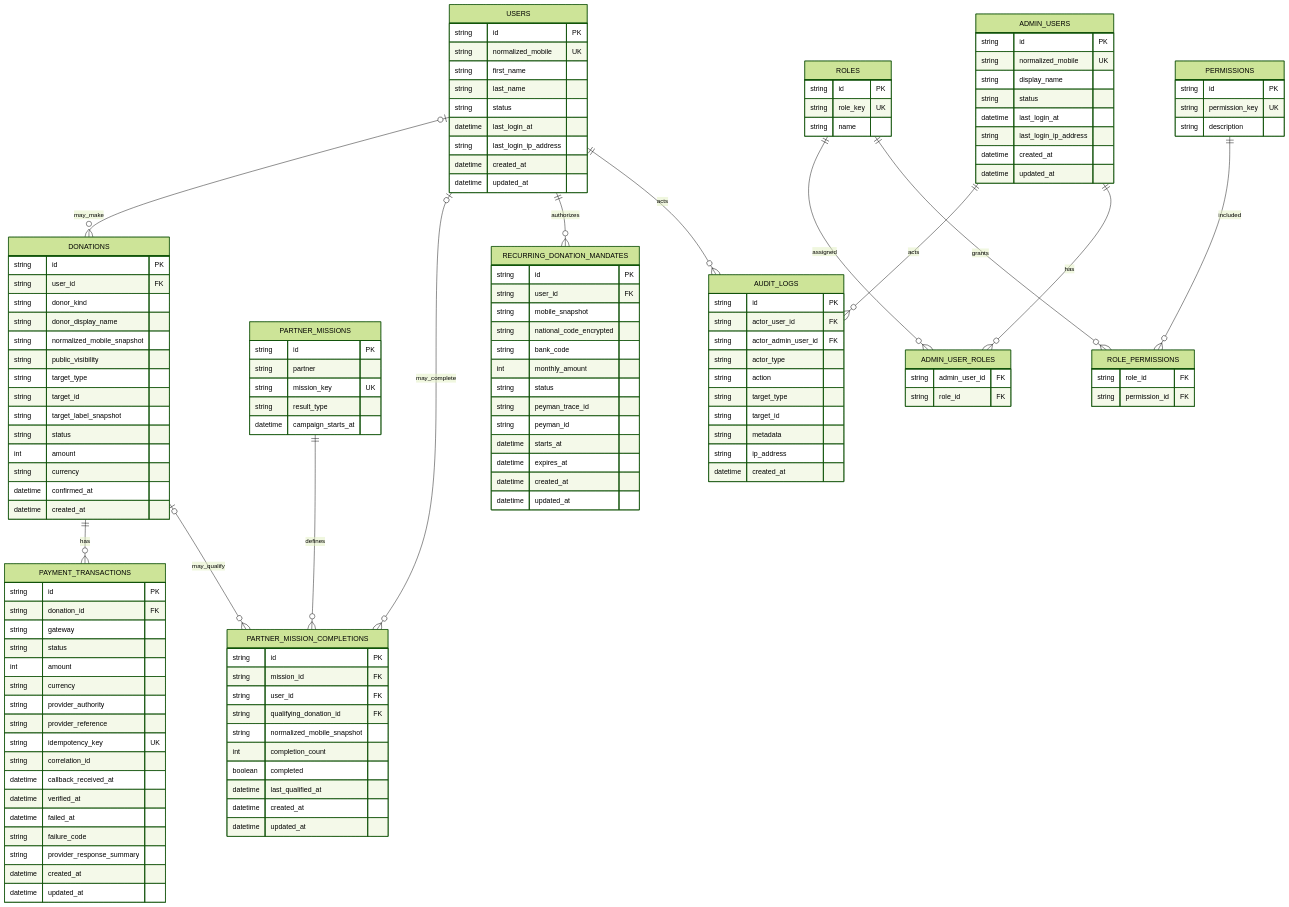
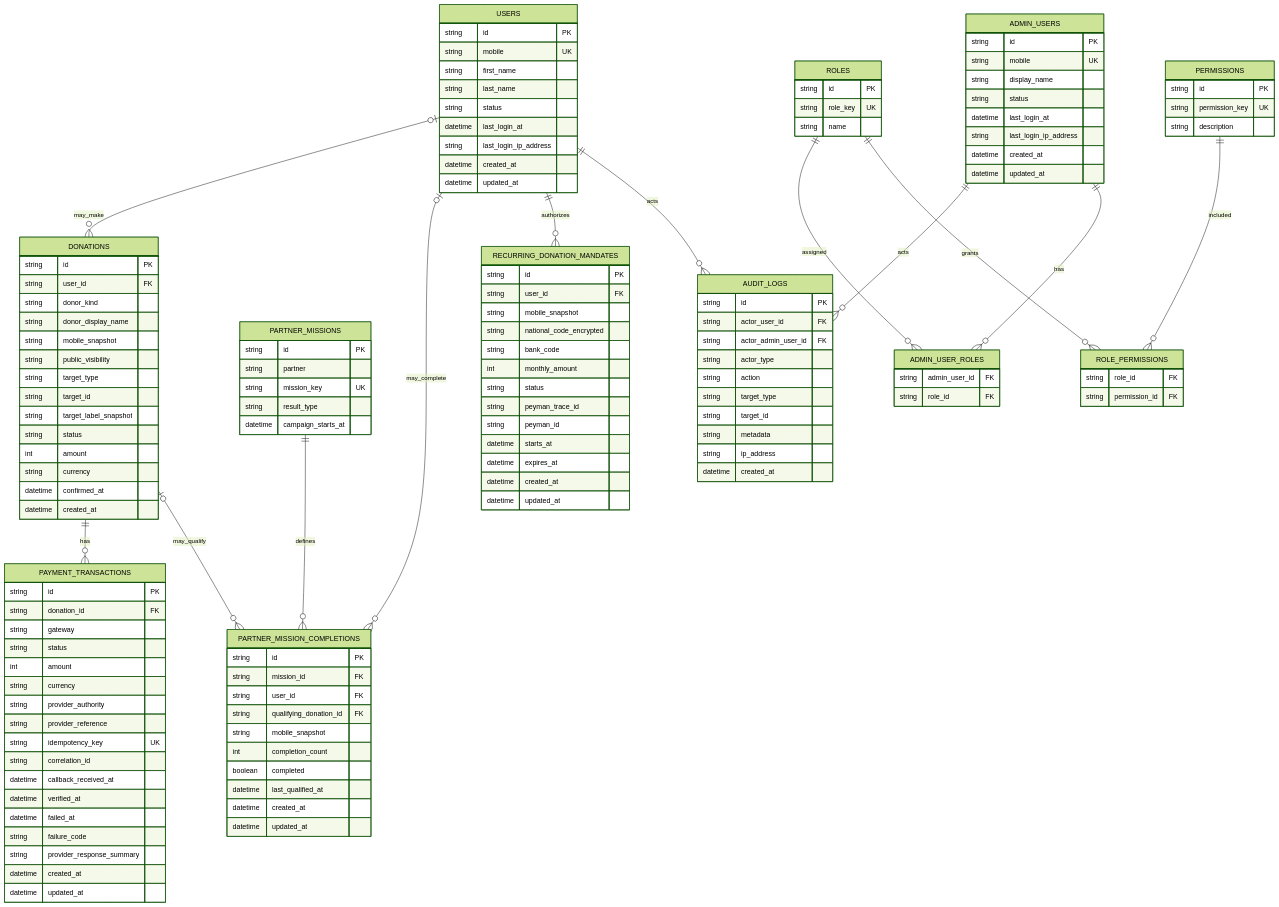
The diagram in docs/analysis/iranautism-database-design-playground.mmd (mahdi7596/iranautism-app), drawn with Mermaid (forest theme) before and after one commit. The commit also changed 8 other files, not shown here.

Commit message:
docs(db): record simplified users schema decision

```diff
--- a/docs/analysis/iranautism-database-design-playground.mmd
+++ b/docs/analysis/iranautism-database-design-playground.mmd
@@ -1,150 +1,150 @@
 erDiagram
   %% Playground notes:
   %% DONATIONS.user_id is nullable so guest donations are possible.
-  %% PARTNER_MISSION_COMPLETIONS.user_id is nullable so Pump can count by normalized mobile.
+  %% PARTNER_MISSION_COMPLETIONS.user_id is nullable so Pump can count by mobile.
   %% For the first Pump flow, frontend may still OTP-register/login the user before payment.
 
   USERS {
     string id PK
-    string normalized_mobile UK
+    string mobile UK
     string first_name
     string last_name
     string status
     datetime last_login_at
     string last_login_ip_address
     datetime created_at
     datetime updated_at
   }
 
   DONATIONS {
     string id PK
     string user_id FK
     string donor_kind
     string donor_display_name
-    string normalized_mobile_snapshot
+    string mobile_snapshot
     string public_visibility
     string target_type
     string target_id
     string target_label_snapshot
     string status
     int amount
     string currency
     datetime confirmed_at
     datetime created_at
   }
 
   PAYMENT_TRANSACTIONS {
     string id PK
     string donation_id FK
     string gateway
     string status
     int amount
     string currency
     string provider_authority
     string provider_reference
     string idempotency_key UK
     string correlation_id
     datetime callback_received_at
     datetime verified_at
     datetime failed_at
     string failure_code
     string provider_response_summary
     datetime created_at
     datetime updated_at
   }
 
   PARTNER_MISSIONS {
     string id PK
     string partner
     string mission_key UK
     string result_type
     datetime campaign_starts_at
   }
 
   PARTNER_MISSION_COMPLETIONS {
     string id PK
     string mission_id FK
     string user_id FK
     string qualifying_donation_id FK
-    string normalized_mobile_snapshot
+    string mobile_snapshot
     int completion_count
     boolean completed
     datetime last_qualified_at
     datetime created_at
     datetime updated_at
   }
 
   RECURRING_DONATION_MANDATES {
     string id PK
     string user_id FK
     string mobile_snapshot
     string national_code_encrypted
     string bank_code
     int monthly_amount
     string status
     string peyman_trace_id
     string peyman_id
     datetime starts_at
     datetime expires_at
     datetime created_at
     datetime updated_at
   }
 
   ADMIN_USERS {
     string id PK
-    string normalized_mobile UK
+    string mobile UK
     string display_name
     string status
     datetime last_login_at
     string last_login_ip_address
     datetime created_at
     datetime updated_at
   }
 
   ROLES {
     string id PK
     string role_key UK
     string name
   }
 
   PERMISSIONS {
     string id PK
     string permission_key UK
     string description
   }
 
   ADMIN_USER_ROLES {
     string admin_user_id FK
     string role_id FK
   }
 
   ROLE_PERMISSIONS {
     string role_id FK
     string permission_id FK
   }
 
   AUDIT_LOGS {
     string id PK
     string actor_user_id FK
     string actor_admin_user_id FK
     string actor_type
     string action
     string target_type
     string target_id
     string metadata
     string ip_address
     datetime created_at
   }
 
   USERS |o--o{ DONATIONS : may_make
   DONATIONS ||--o{ PAYMENT_TRANSACTIONS : has
   DONATIONS |o--o{ PARTNER_MISSION_COMPLETIONS : may_qualify
   USERS |o--o{ PARTNER_MISSION_COMPLETIONS : may_complete
   PARTNER_MISSIONS ||--o{ PARTNER_MISSION_COMPLETIONS : defines
   USERS ||--o{ RECURRING_DONATION_MANDATES : authorizes
   USERS ||--o{ AUDIT_LOGS : acts
   ADMIN_USERS ||--o{ AUDIT_LOGS : acts
   ADMIN_USERS ||--o{ ADMIN_USER_ROLES : has
   ROLES ||--o{ ADMIN_USER_ROLES : assigned
   ROLES ||--o{ ROLE_PERMISSIONS : grants
   PERMISSIONS ||--o{ ROLE_PERMISSIONS : included
```
